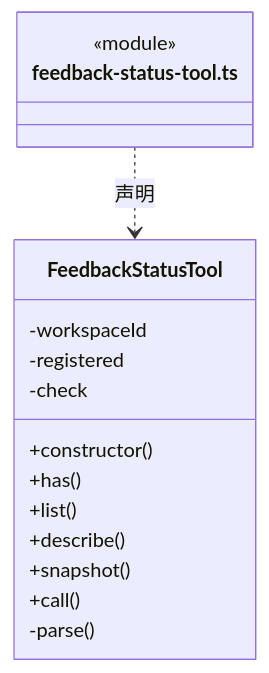
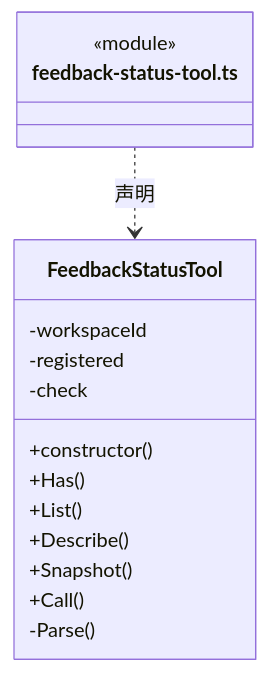
One commit to nan023062/cbim changed the seventh of 24 diagrams in src/logic/tools/runtime/ARCHITECTURE.md. Above: the diagram before and after it, drawn with Mermaid. The commit also changed other lines of this file and 1035 other files, not shown here.

````diff
--- a/src/logic/tools/runtime/ARCHITECTURE.md
+++ b/src/logic/tools/runtime/ARCHITECTURE.md
@@ -177,19 +177,19 @@
 ```mermaid
 classDiagram
 class N_src_logic_tools_runtime_feedback_status_tool_ts["feedback-status-tool.ts"] {
   <<module>>
 }
 class N_src_logic_tools_runtime_feedback_status_tool_ts_FeedbackStatusTool["FeedbackStatusTool"] {
   +constructor()
-  +has()
-  +list()
-  +describe()
-  +snapshot()
-  +call()
+  +Has()
+  +List()
+  +Describe()
+  +Snapshot()
+  +Call()
   -workspaceId
   -registered
   -check
-  -parse()
+  -Parse()
 }
 N_src_logic_tools_runtime_feedback_status_tool_ts ..> N_src_logic_tools_runtime_feedback_status_tool_ts_FeedbackStatusTool : 声明
 ```
````
